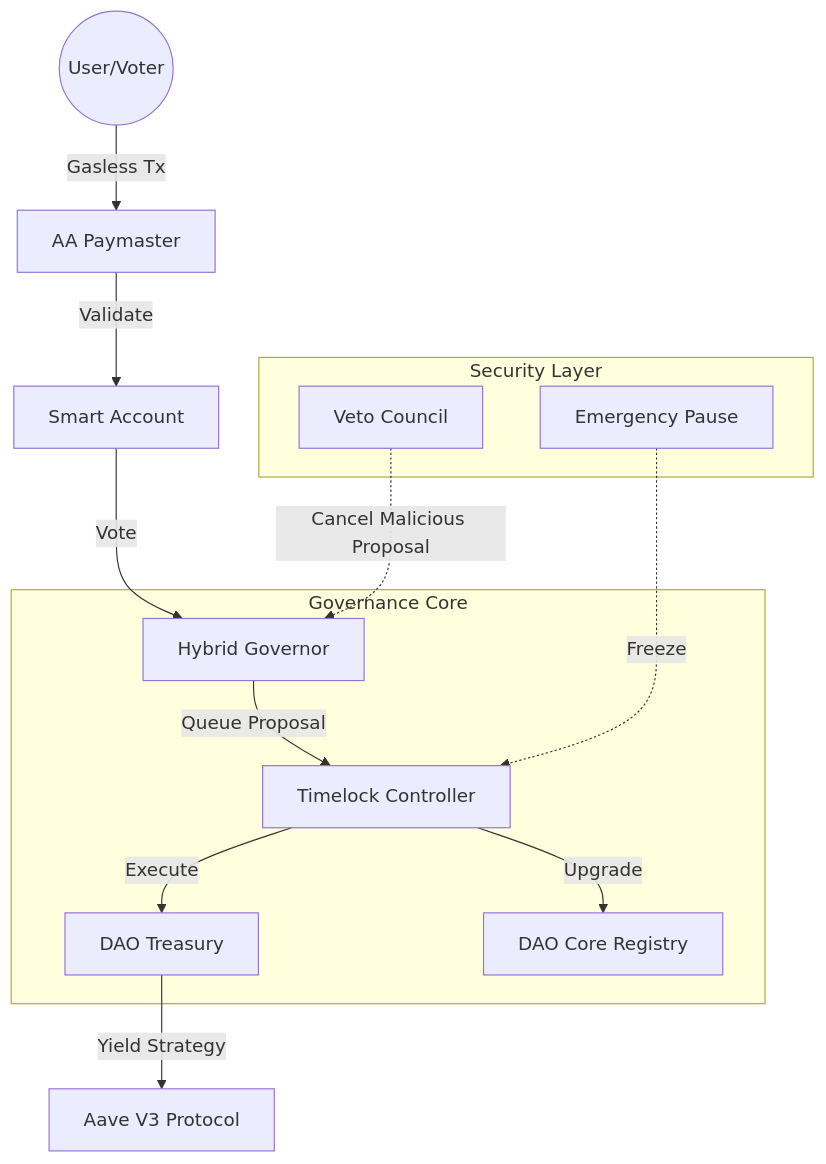
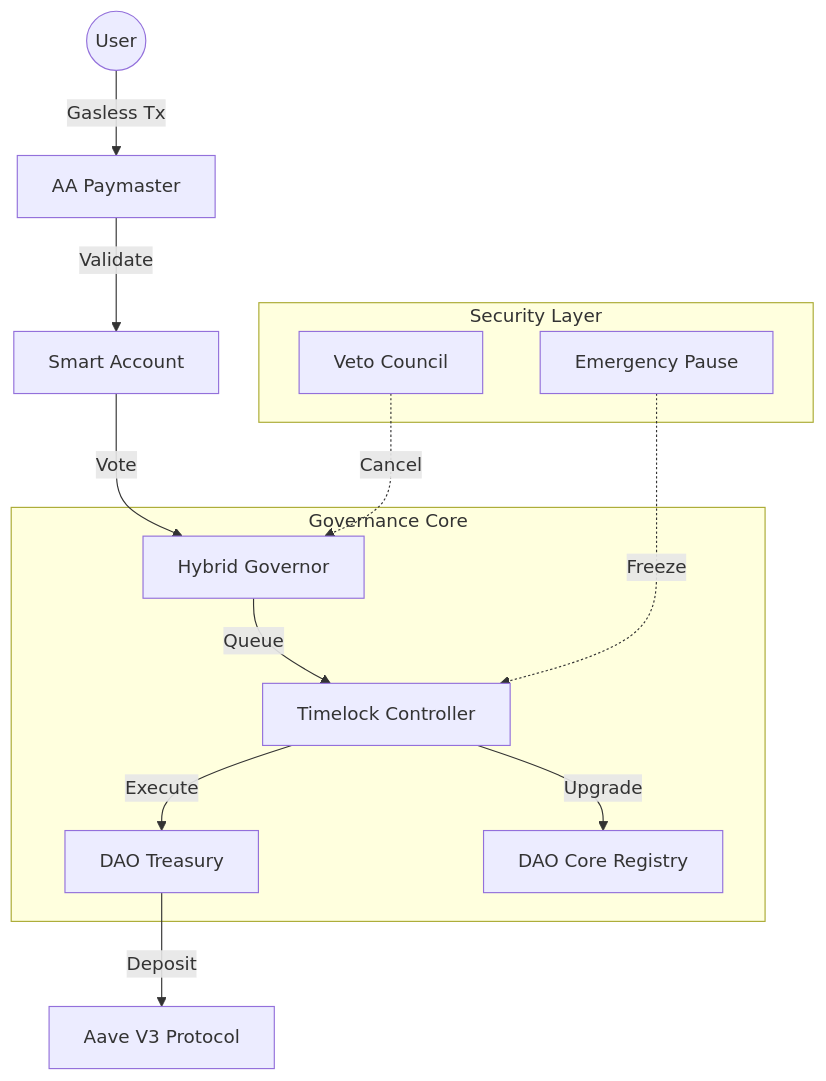
Before and after one commit to NexTechArchitect/Sentinel-DAO: the diagram in README.md, drawn with Mermaid. The commit also changed other lines of this file, not shown here.

````diff
--- a/README.md
+++ b/README.md
@@ -63,20 +25,20 @@
 ```mermaid
 graph TD
-    User((User/Voter)) -->|Gasless Tx| Paymaster[AA Paymaster]
+    User((User)) -->|Gasless Tx| Paymaster[AA Paymaster]
     Paymaster -->|Validate| AA[Smart Account]
     AA -->|Vote| Governor[Hybrid Governor]
     
     subgraph "Governance Core"
-    Governor -->|Queue Proposal| Timelock[Timelock Controller]
+    Governor -->|Queue| Timelock[Timelock Controller]
     Timelock -->|Execute| Treasury[DAO Treasury]
     Timelock -->|Upgrade| Core[DAO Core Registry]
     end
     
     subgraph "Security Layer"
-    Veto[Veto Council] -.->|Cancel Malicious Proposal| Governor
+    Veto[Veto Council] -.->|Cancel| Governor
     Pause[Emergency Pause] -.->|Freeze| Timelock
     end
     
-    Treasury -->|Yield Strategy| Aave[Aave V3 Protocol]
+    Treasury -->|Deposit| Aave[Aave V3 Protocol]
 
 ```
````
